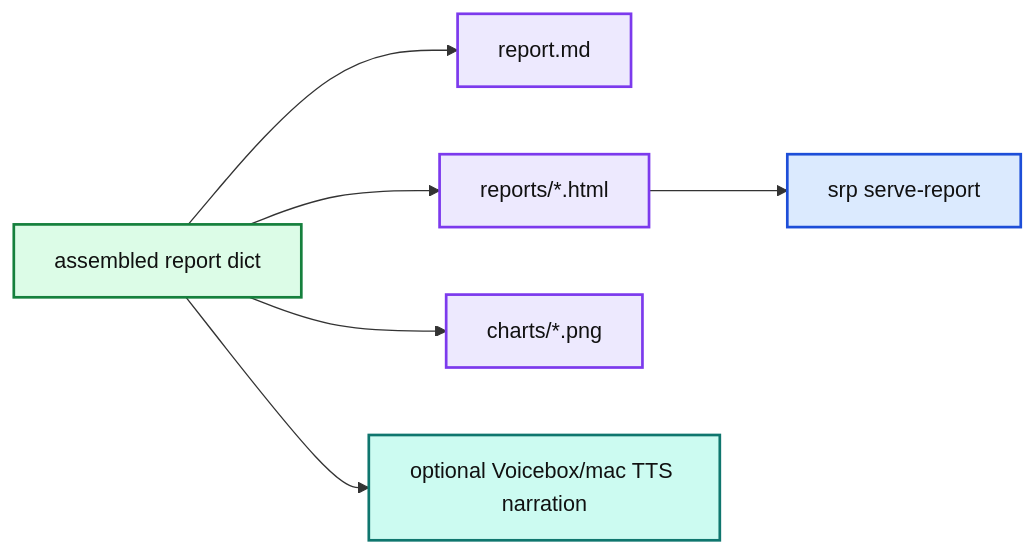
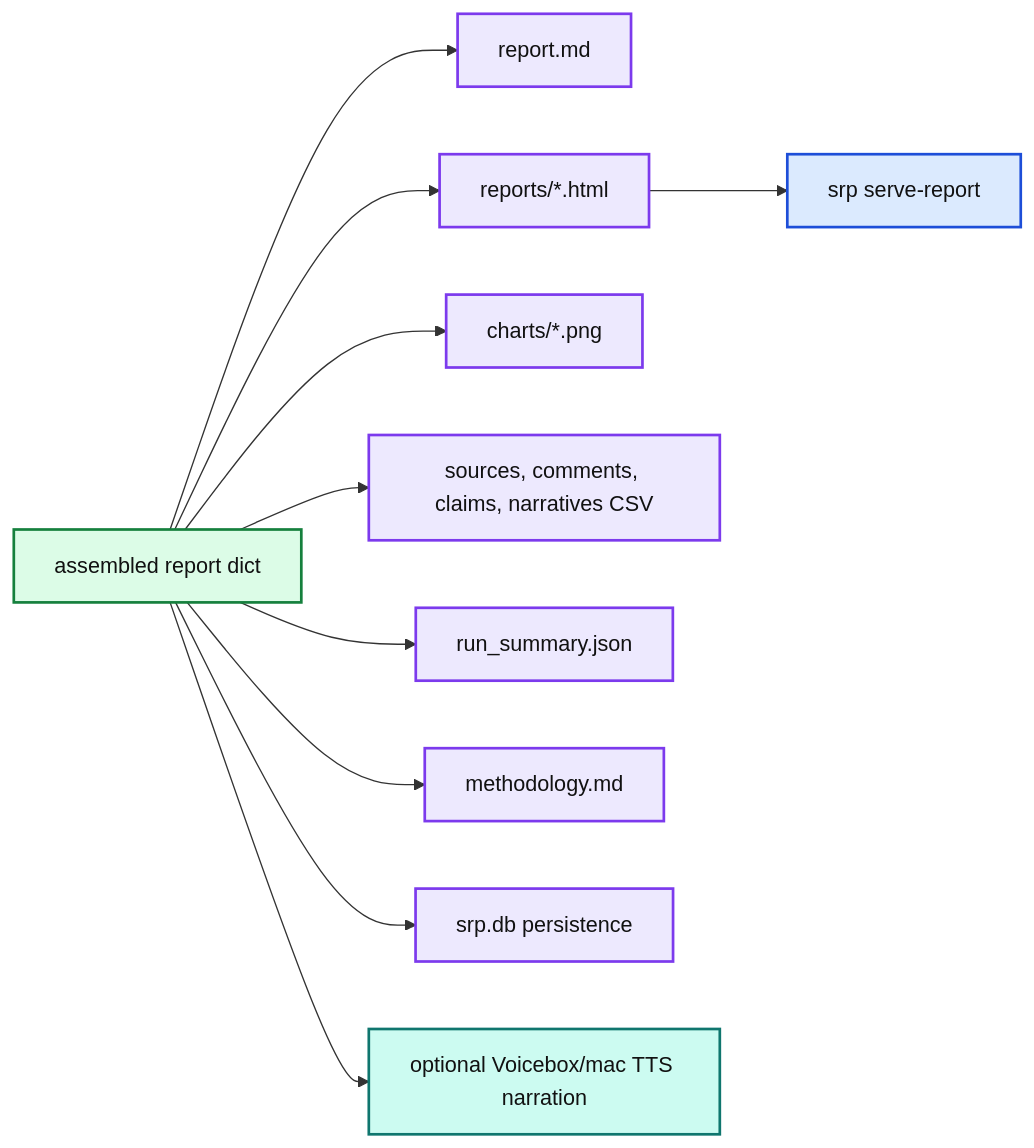
Before and after one commit to reshinto/social-research-probe: the diagram in docs/diagrams/src/report-outputs.mmd, drawn with Mermaid. The commit also changed 49 other files, not shown here.

```diff
--- a/docs/diagrams/src/report-outputs.mmd
+++ b/docs/diagrams/src/report-outputs.mmd
@@ -1,19 +1,23 @@
 %%{init: {"theme":"base","themeVariables":{"background":"#ffffff","mainBkg":"#ffffff","primaryTextColor":"#111111","lineColor":"#333333","fontFamily":"Arial, sans-serif","clusterBkg":"#ffffff","clusterBorder":"#d0d7de"}}}%%
 flowchart LR
   ReportDict["assembled report dict"] --> Markdown["report.md"]
   ReportDict --> HTML["reports/*.html"]
   ReportDict --> Charts["charts/*.png"]
+  ReportDict --> CSV["sources, comments, claims, narratives CSV"]
+  ReportDict --> SummaryJSON["run_summary.json"]
+  ReportDict --> Methodology["methodology.md"]
+  ReportDict --> DB["srp.db persistence"]
   HTML --> Serve["srp serve-report"]
   ReportDict --> Audio["optional Voicebox/mac TTS narration"]
 
   classDef input fill:#dcfce7,stroke:#15803d,color:#111111,stroke-width:2px;
   classDef process fill:#dbeafe,stroke:#1d4ed8,color:#111111,stroke-width:2px;
   classDef analysis fill:#fef3c7,stroke:#d97706,color:#111111,stroke-width:2px;
   classDef external fill:#ccfbf1,stroke:#0f766e,color:#111111,stroke-width:2px;
   classDef output fill:#ede9fe,stroke:#7c3aed,color:#111111,stroke-width:2px;
   classDef config fill:#ffedd5,stroke:#ea580c,color:#111111,stroke-width:2px;
   classDef risk fill:#fee2e2,stroke:#dc2626,color:#111111,stroke-width:2px;
   class ReportDict input;
-  class Markdown,HTML,Charts output;
+  class Markdown,HTML,Charts,CSV,SummaryJSON,Methodology,DB output;
   class Serve process;
   class Audio external;
```
